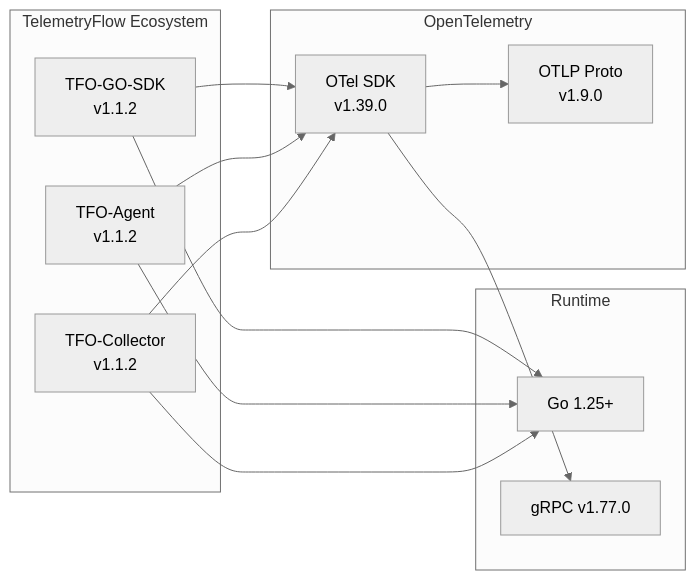
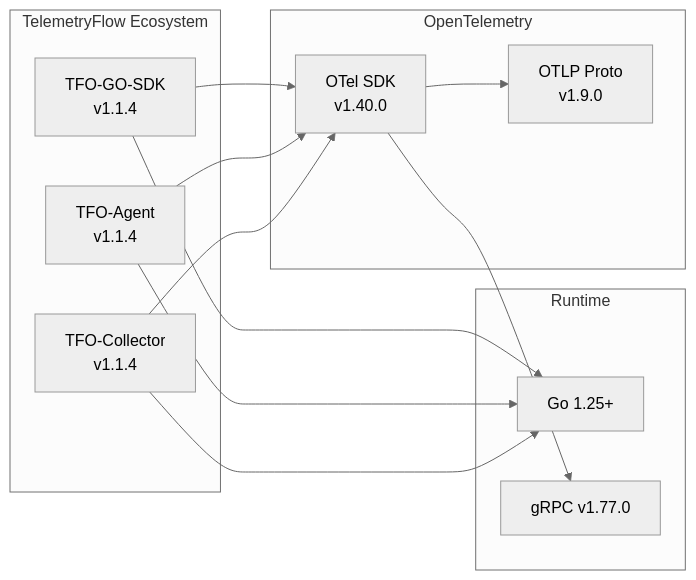
One commit to telemetryflow/telemetryflow-agent changed diagram 13 of 13 in docs/ARCHITECTURE.md. Above: the diagram before and after it, drawn with Mermaid (neutral theme). The commit also changed other lines of this file and 10 other files, not shown here.

Commit message:
feat: Update Dockerfile metadata & documentation TFO-Agent v1.1.6

````diff
--- a/docs/ARCHITECTURE.md
+++ b/docs/ARCHITECTURE.md
@@ -511,29 +511,29 @@
 ```mermaid
 graph LR
     subgraph "TelemetryFlow Ecosystem"
-        SDK[TFO-GO-SDK<br/>v1.1.2]
-        AGENT[TFO-Agent<br/>v1.1.2]
-        COLL[TFO-Collector<br/>v1.1.2]
+        SDK[TFO-GO-SDK<br/>v1.1.4]
+        AGENT[TFO-Agent<br/>v1.1.4]
+        COLL[TFO-Collector<br/>v1.1.4]
     end
 
     subgraph "OpenTelemetry"
-        OTEL[OTel SDK<br/>v1.39.0]
+        OTEL[OTel SDK<br/>v1.40.0]
         PROTO[OTLP Proto<br/>v1.9.0]
     end
 
     subgraph "Runtime"
         GO[Go 1.25+]
         GRPC[gRPC v1.77.0]
     end
 
     SDK --> OTEL
     AGENT --> OTEL
     COLL --> OTEL
 
     OTEL --> PROTO
     OTEL --> GRPC
 
     SDK --> GO
     AGENT --> GO
     COLL --> GO
 ```
````
